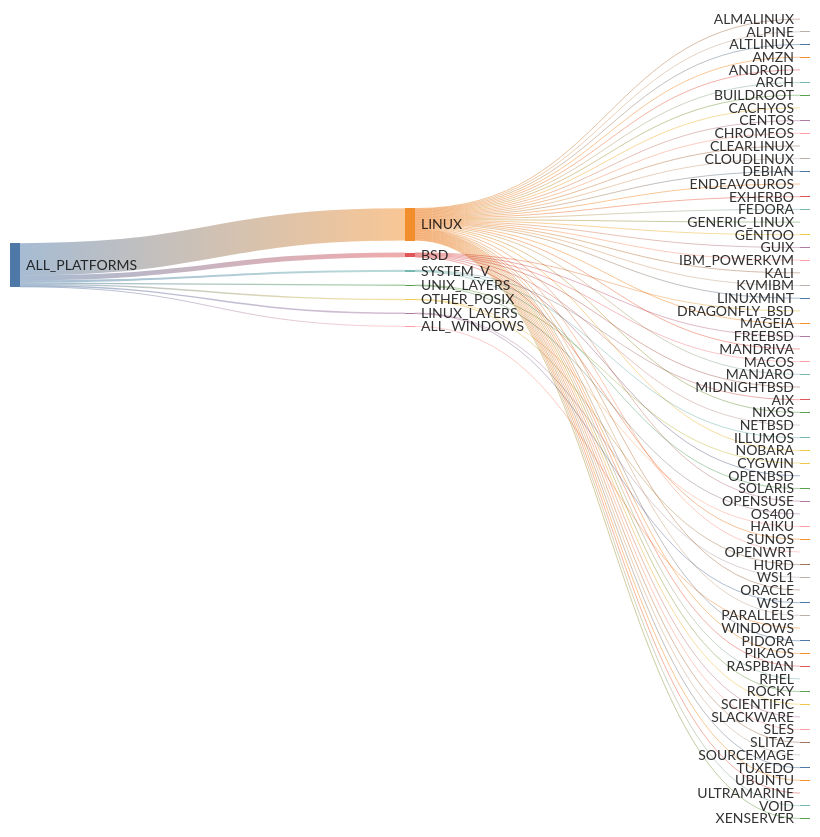
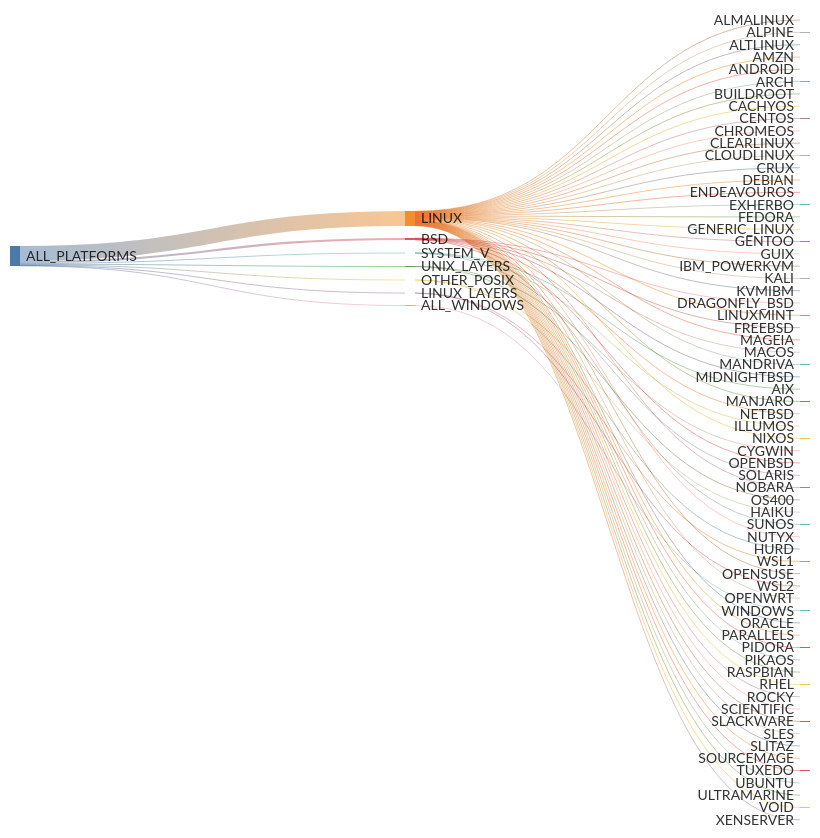
Before and after one commit to kdeldycke/extra-platforms: the first of 2 diagrams in docs/platforms.md, drawn with Mermaid. The commit also changed other lines of this file and 1 other file, not shown here.

````diff
--- a/docs/platforms.md
+++ b/docs/platforms.md
@@ -203,78 +203,80 @@
 ```mermaid
 ---
 config: {"sankey": {"showValues": false, "width": 800, "height": 800}}
 ---
 sankey-beta
 
-ALL_PLATFORMS,LINUX,47
+ALL_PLATFORMS,LINUX,49
 ALL_PLATFORMS,BSD,7
 ALL_PLATFORMS,SYSTEM_V,3
 ALL_PLATFORMS,UNIX_LAYERS,2
 ALL_PLATFORMS,OTHER_POSIX,2
 ALL_PLATFORMS,LINUX_LAYERS,2
 ALL_PLATFORMS,ALL_WINDOWS,1
 LINUX,ALMALINUX,1
 LINUX,ALPINE,1
 LINUX,ALTLINUX,1
 LINUX,AMZN,1
 LINUX,ANDROID,1
 LINUX,ARCH,1
 LINUX,BUILDROOT,1
 LINUX,CACHYOS,1
 LINUX,CENTOS,1
 LINUX,CHROMEOS,1
 LINUX,CLEARLINUX,1
 LINUX,CLOUDLINUX,1
+LINUX,CRUX,1
 LINUX,DEBIAN,1
 LINUX,ENDEAVOUROS,1
 LINUX,EXHERBO,1
 LINUX,FEDORA,1
 LINUX,GENERIC_LINUX,1
 LINUX,GENTOO,1
 LINUX,GUIX,1
 LINUX,IBM_POWERKVM,1
 LINUX,KALI,1
 LINUX,KVMIBM,1
 LINUX,LINUXMINT,1
 LINUX,MAGEIA,1
 LINUX,MANDRIVA,1
 LINUX,MANJARO,1
 LINUX,NIXOS,1
 LINUX,NOBARA,1
+LINUX,NUTYX,1
 LINUX,OPENSUSE,1
 LINUX,OPENWRT,1
 LINUX,ORACLE,1
 LINUX,PARALLELS,1
 LINUX,PIDORA,1
 LINUX,PIKAOS,1
 LINUX,RASPBIAN,1
 LINUX,RHEL,1
 LINUX,ROCKY,1
 LINUX,SCIENTIFIC,1
 LINUX,SLACKWARE,1
 LINUX,SLES,1
 LINUX,SLITAZ,1
 LINUX,SOURCEMAGE,1
 LINUX,TUXEDO,1
 LINUX,UBUNTU,1
 LINUX,ULTRAMARINE,1
 LINUX,VOID,1
 LINUX,XENSERVER,1
 BSD,DRAGONFLY_BSD,1
 BSD,FREEBSD,1
 BSD,MACOS,1
 BSD,MIDNIGHTBSD,1
 BSD,NETBSD,1
 BSD,OPENBSD,1
 BSD,SUNOS,1
 SYSTEM_V,AIX,1
 SYSTEM_V,ILLUMOS,1
 SYSTEM_V,SOLARIS,1
 UNIX_LAYERS,CYGWIN,1
 UNIX_LAYERS,OS400,1
 OTHER_POSIX,HAIKU,1
 OTHER_POSIX,HURD,1
 LINUX_LAYERS,WSL1,1
 LINUX_LAYERS,WSL2,1
 ALL_WINDOWS,WINDOWS,1
 ```
````
